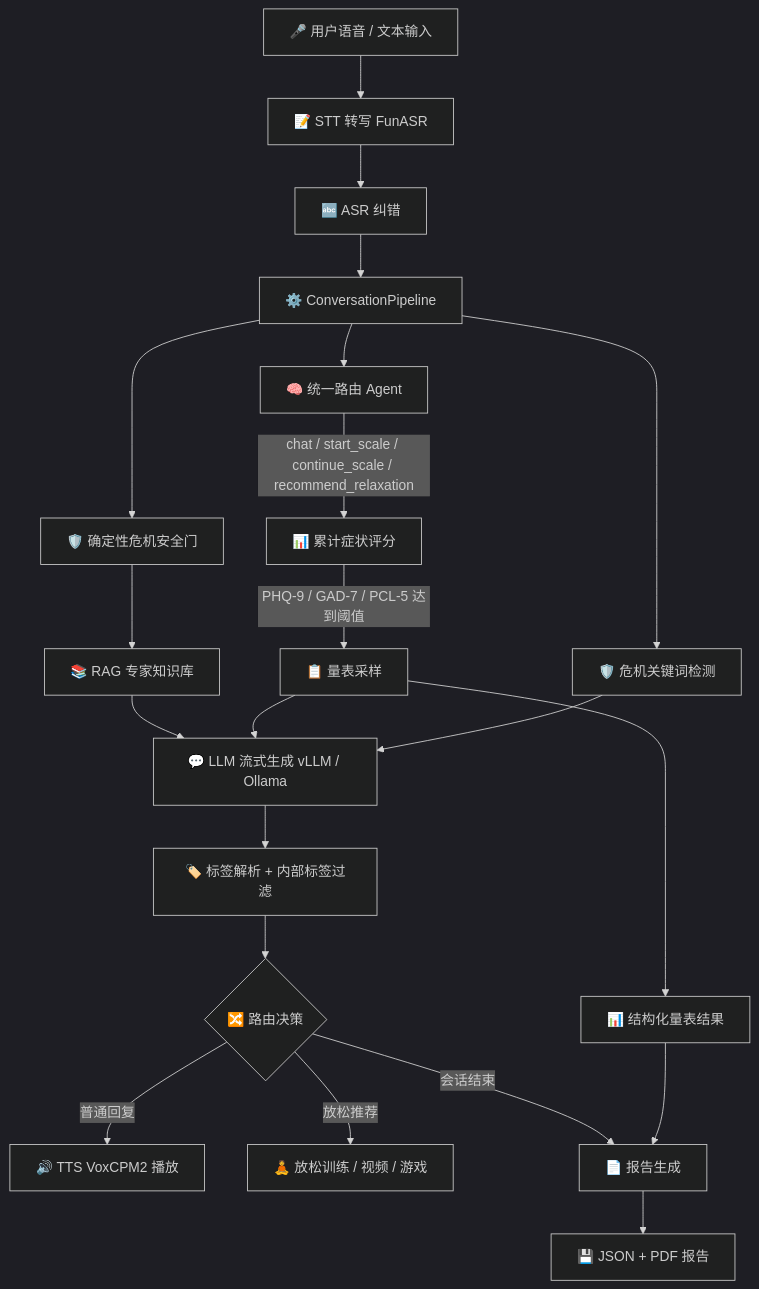
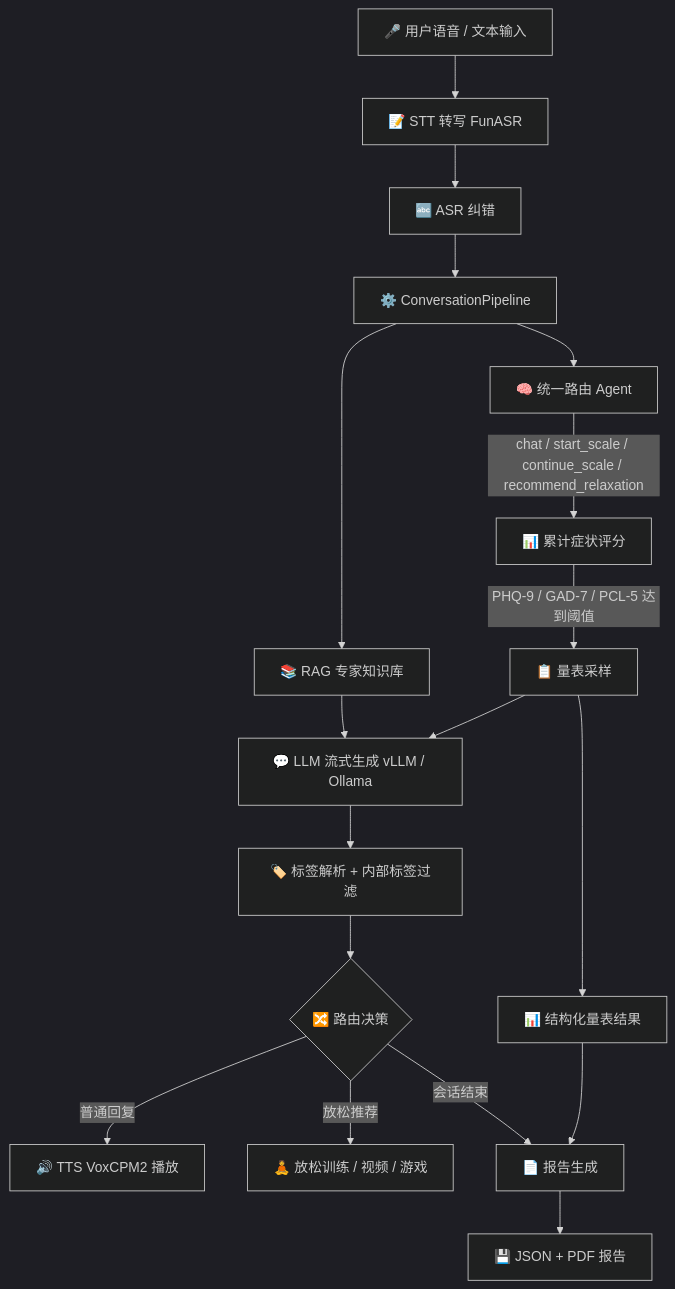
The first of 4 diagrams in README.md (jersery66/voicechat3), drawn with Mermaid (dark theme) before and after one commit. The commit also changed other lines of this file and 53 other files, not shown here.

Commit message:
refactor: detach crisis flow from production runtime

````diff
--- a/README.md
+++ b/README.md
@@ -162,23 +162,20 @@
 ```mermaid
 flowchart TD
     A[🎤 用户语音 / 文本输入] --> B[📝 STT 转写 FunASR]
     B --> B2[🔤 ASR 纠错]
     B2 --> C[⚙️ ConversationPipeline]
     C --> D[🧠 统一路由 Agent]
     D -->|chat / start_scale / continue_scale / recommend_relaxation| E[📊 累计症状评分]
     E -->|PHQ-9 / GAD-7 / PCL-5 达到阈值| F[📋 量表采样]
-    C --> G[🛡️ 危机关键词检测]
-    C --> C1[🛡️ 确定性危机安全门]
-    C1 --> C2[📚 RAG 专家知识库]
+    C --> C2[📚 RAG 专家知识库]
     C2 --> H[💬 LLM 流式生成 vLLM / Ollama]
     F --> H
-    G --> H
     H --> I[🏷️ 标签解析 + 内部标签过滤]
     I --> J{🔀 路由决策}
     J -->|普通回复| K[🔊 TTS VoxCPM2 播放]
     J -->|放松推荐| M[🧘 放松训练 / 视频 / 游戏]
     J -->|会话结束| N[📄 报告生成]
     F --> O[📊 结构化量表结果]
     O --> N
     N --> P[💾 JSON + PDF 报告]
 ```
````
